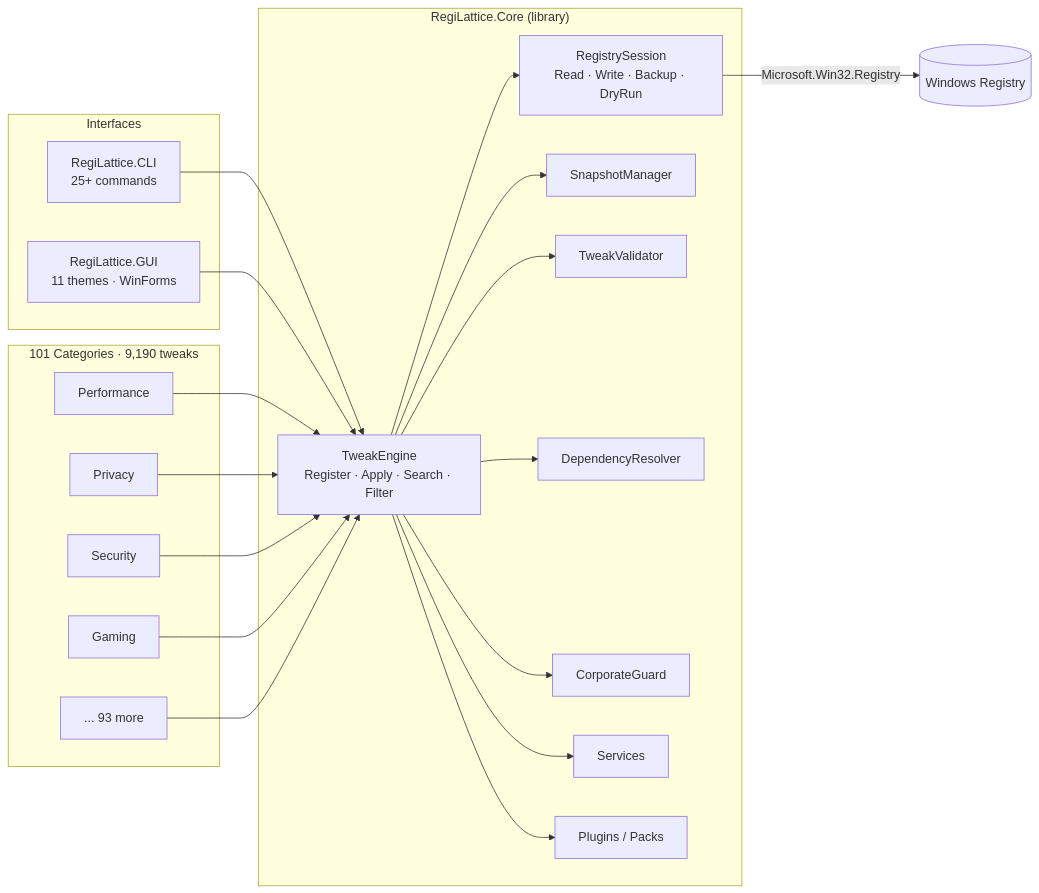
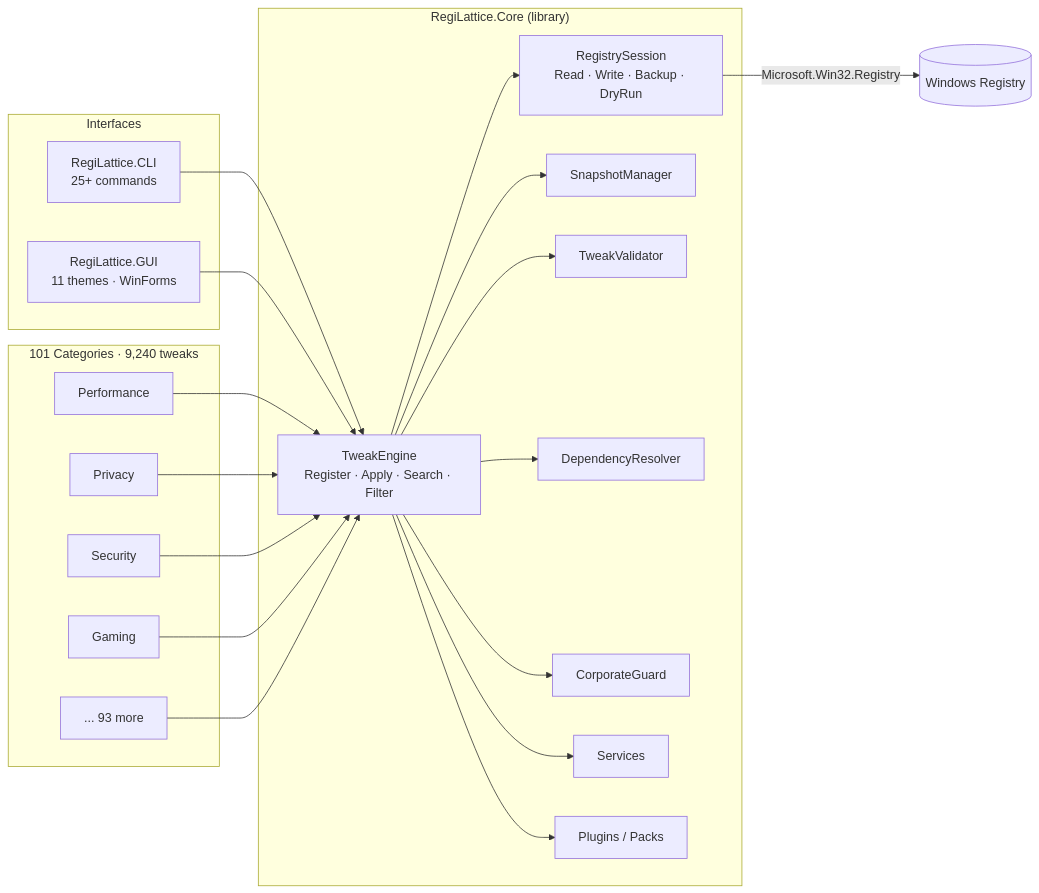
Before and after one commit to RajwanYair/RegiLattice: the first of 2 diagrams in README.md, drawn with Mermaid. The commit also changed other lines of this file and 10 other files, not shown here.

First line of the commit message:
chore(release): bump version to v6.2.0 — 9,240 tweaks, 88 modules, 101 categories

````diff
--- a/README.md
+++ b/README.md
@@ -88,38 +88,38 @@
 ```mermaid
 graph LR
     subgraph Interfaces
         CLI[RegiLattice.CLI<br/>25+ commands]
         GUI[RegiLattice.GUI<br/>11 themes · WinForms]
     end
 
     subgraph Core["RegiLattice.Core (library)"]
         TE[TweakEngine<br/>Register · Apply · Search · Filter]
         RS[RegistrySession<br/>Read · Write · Backup · DryRun]
         SM[SnapshotManager]
         TV[TweakValidator]
         DR[DependencyResolver]
         CG[CorporateGuard]
         SV[Services]
         PM[Plugins / Packs]
     end
 
-    subgraph Tweaks["101 Categories · 9,190 tweaks"]
+    subgraph Tweaks["101 Categories · 9,240 tweaks"]
         T1[Performance]
         T2[Privacy]
         T3[Security]
         T4[Gaming]
         TN[... 93 more]
     end
 
     CLI --> TE
     GUI --> TE
     TE --> RS
     TE --> SM
     TE --> TV
     TE --> DR
     TE --> CG
     TE --> SV
     TE --> PM
     T1 & T2 & T3 & T4 & TN --> TE
     RS -->|Microsoft.Win32.Registry| WR[(Windows Registry)]
 ```
````
